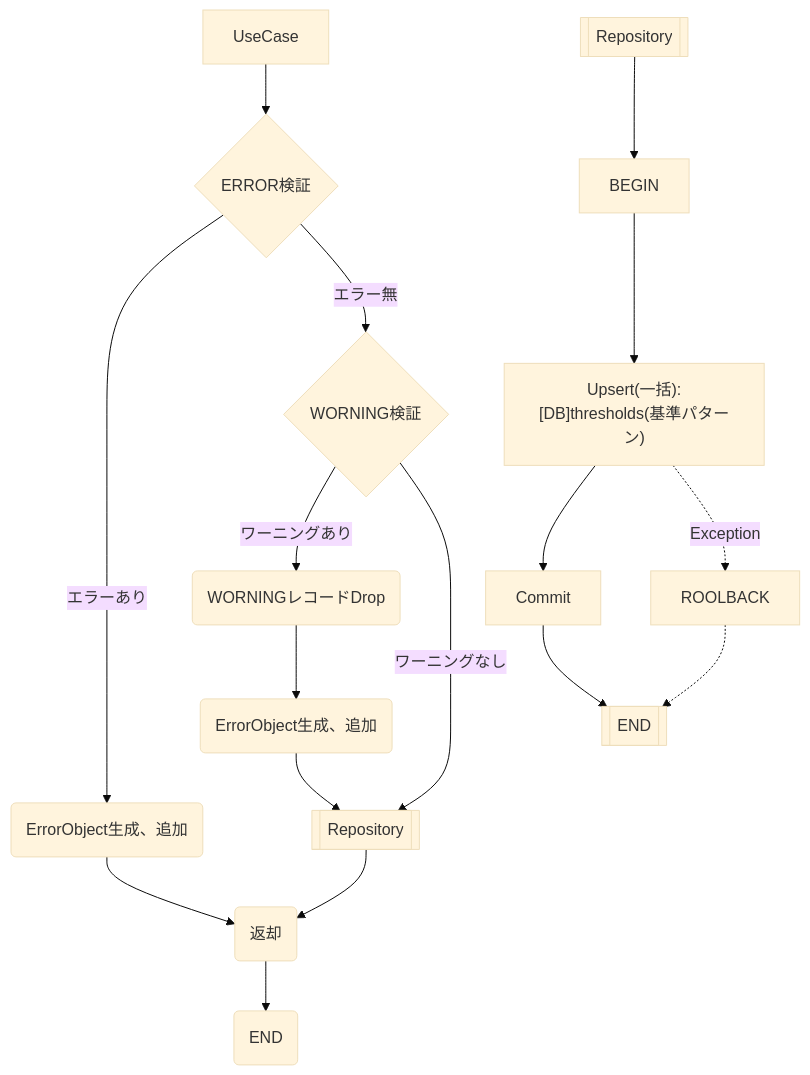
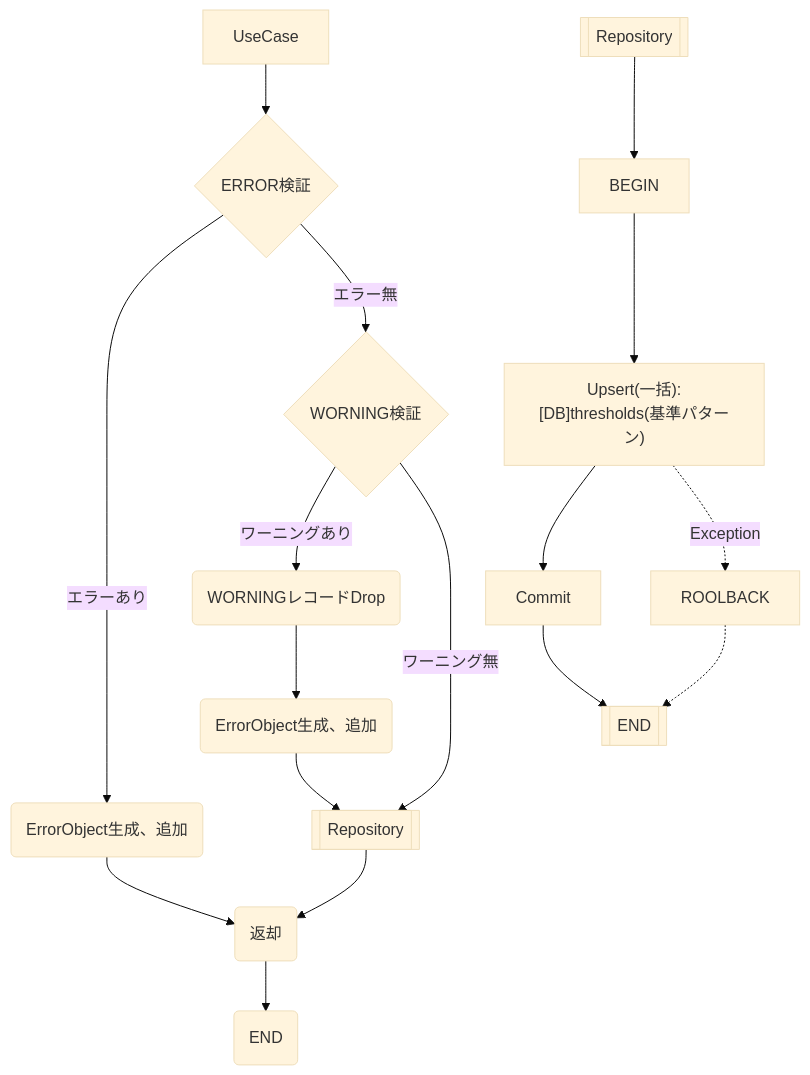
Before and after one commit to MrWangpeilin945/FlutterIOS: the diagram in Documents/外部IF設計書/src/docs/インターフェース/EC2013_基準パターンを登録する.adoc, drawn with Mermaid (base theme). The commit also changed other lines of this file and 3 other files, not shown here.

```diff
--- a/Documents/外部IF設計書/src/docs/インターフェース/EC2013_基準パターンを登録する.adoc
+++ b/Documents/外部IF設計書/src/docs/インターフェース/EC2013_基準パターンを登録する.adoc
@@ -10,21 +10,21 @@
 [mermaid]
 ----
 flowchart TD
     A[UseCase] --> ERROR{ERROR検証}
     ERROR -- エラーあり --> C(ErrorObject生成、追加)
     ERROR -- エラー無 --> WORNING{WORNING検証}    
     WORNING -- ワーニングあり --> DROP(WORNINGレコードDrop)
     DROP(WORNINGレコードDrop) --> DROP_REC(ErrorObject生成、追加)
     DROP_REC --> D[[Repository]]
-    WORNING -- ワーニングなし --> D
+    WORNING -- ワーニング無 --> D
     C --> E(返却)
     D --> E
     E --> UseCaseEND(END)
 
     F[[Repository]] --> G[BEGIN]
     G --> H["Upsert(一括):[DB]thresholds(基準パターン)"]
     H --> K[Commit]
     H -.Exception.-> ROOLBACK[ROOLBACK]
     K --> RepositoryEND[[END]]
     ROOLBACK .-> RepositoryEND
 ----
```
